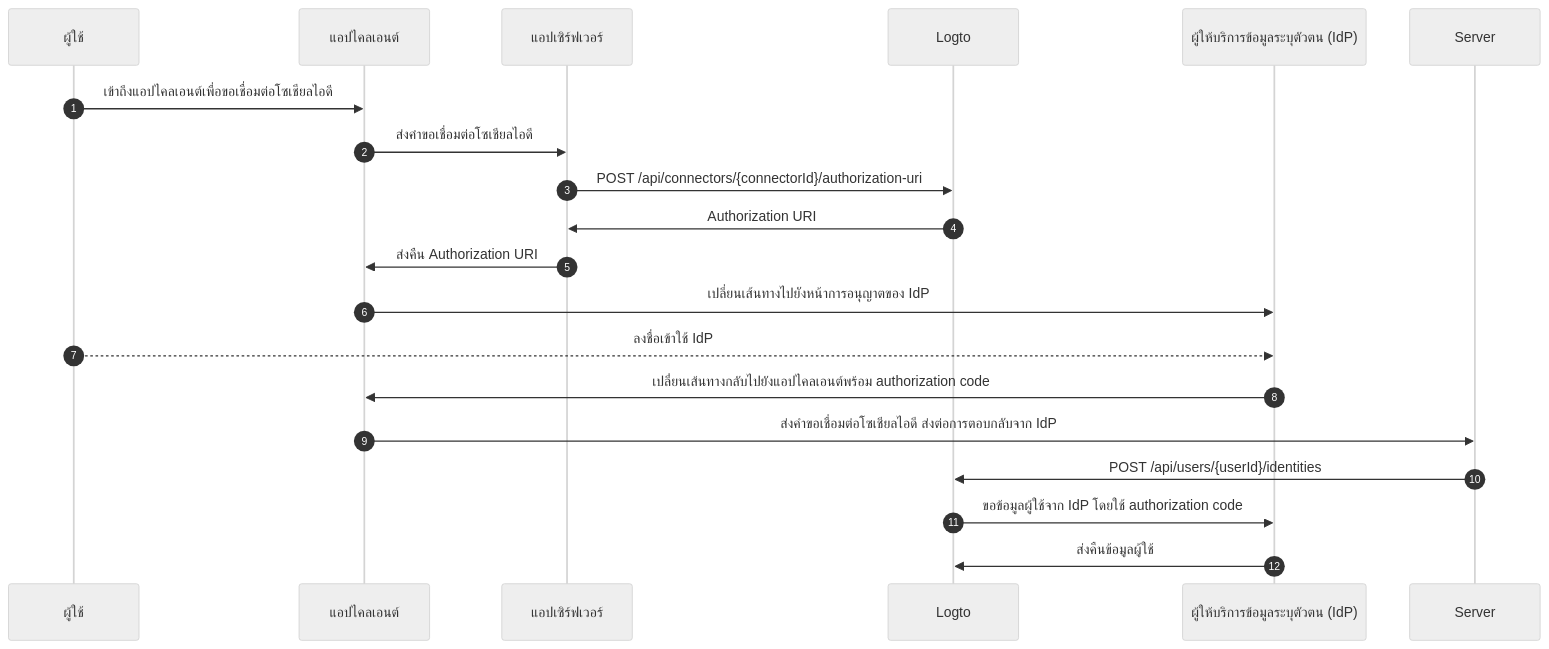
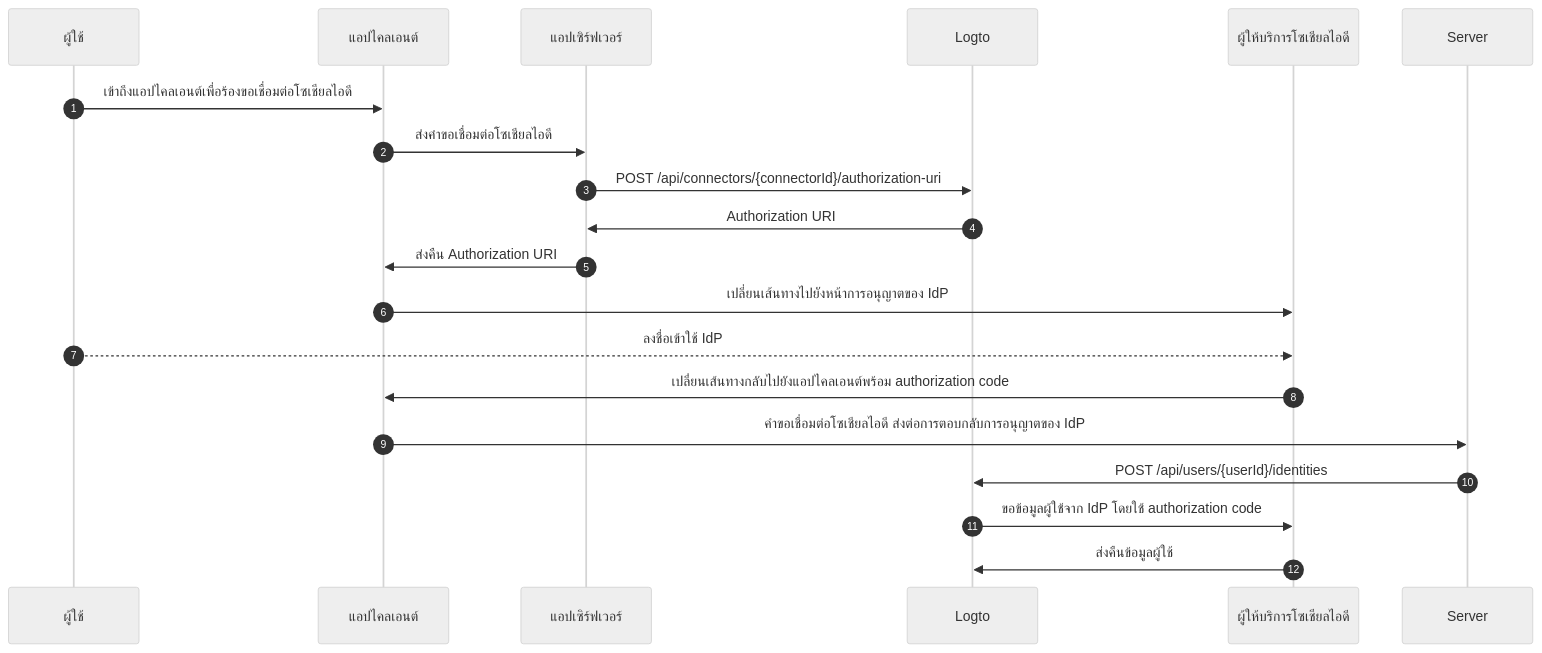
The third of 3 diagrams in i18n/th/docusaurus-plugin-content-docs/current/end-user-flows/account-settings/by-management-api.mdx (logto-io/docs), drawn with Mermaid (neutral theme) before and after one commit. The commit also changed other lines of this file and 152 other files, not shown here.

````diff
--- a/i18n/th/docusaurus-plugin-content-docs/current/end-user-flows/account-settings/by-management-api.mdx
+++ b/i18n/th/docusaurus-plugin-content-docs/current/end-user-flows/account-settings/by-management-api.mdx
@@ -120,22 +120,22 @@
 ```mermaid
 sequenceDiagram
     autoNumber
     participant User as ผู้ใช้
     participant Client as แอปไคลเอนต์
     participant App as แอปเซิร์ฟเวอร์
     participant Logto as Logto
-    participant IdP as ผู้ให้บริการข้อมูลระบุตัวตน (IdP)
+    participant IdP as ผู้ให้บริการโซเชียลไอดี
 
-    User ->> Client: เข้าถึงแอปไคลเอนต์เพื่อขอเชื่อมต่อโซเชียลไอดี
+    User ->> Client: เข้าถึงแอปไคลเอนต์เพื่อร้องขอเชื่อมต่อโซเชียลไอดี
     Client ->> App: ส่งคำขอเชื่อมต่อโซเชียลไอดี
     App ->> Logto: POST /api/connectors/{connectorId}/authorization-uri
     Logto ->> App: Authorization URI
     App ->> Client: ส่งคืน Authorization URI
     Client ->> IdP: เปลี่ยนเส้นทางไปยังหน้าการอนุญาตของ IdP
     User -->> IdP: ลงชื่อเข้าใช้ IdP
     IdP ->> Client: เปลี่ยนเส้นทางกลับไปยังแอปไคลเอนต์พร้อม authorization code
-    Client ->> Server: ส่งคำขอเชื่อมต่อโซเชียลไอดี ส่งต่อการตอบกลับจาก IdP
+    Client ->> Server: คำขอเชื่อมต่อโซเชียลไอดี ส่งต่อการตอบกลับการอนุญาตของ IdP
     Server ->> Logto: POST /api/users/{userId}/identities
     Logto ->> IdP: ขอข้อมูลผู้ใช้จาก IdP โดยใช้ authorization code
     IdP ->> Logto: ส่งคืนข้อมูลผู้ใช้
 ```
````
